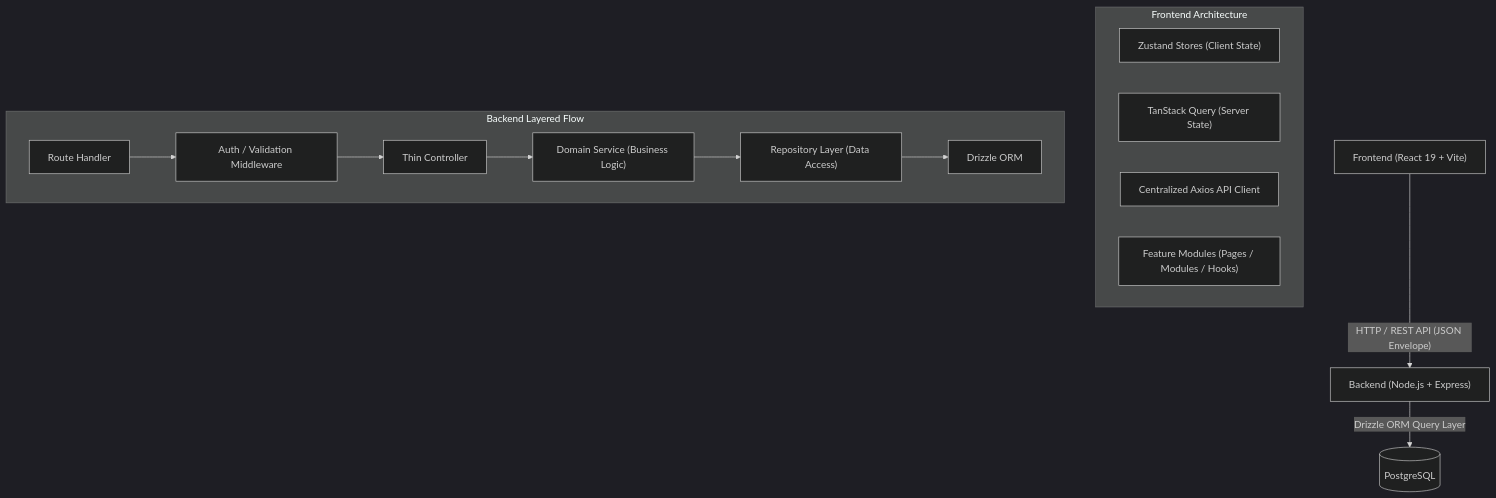
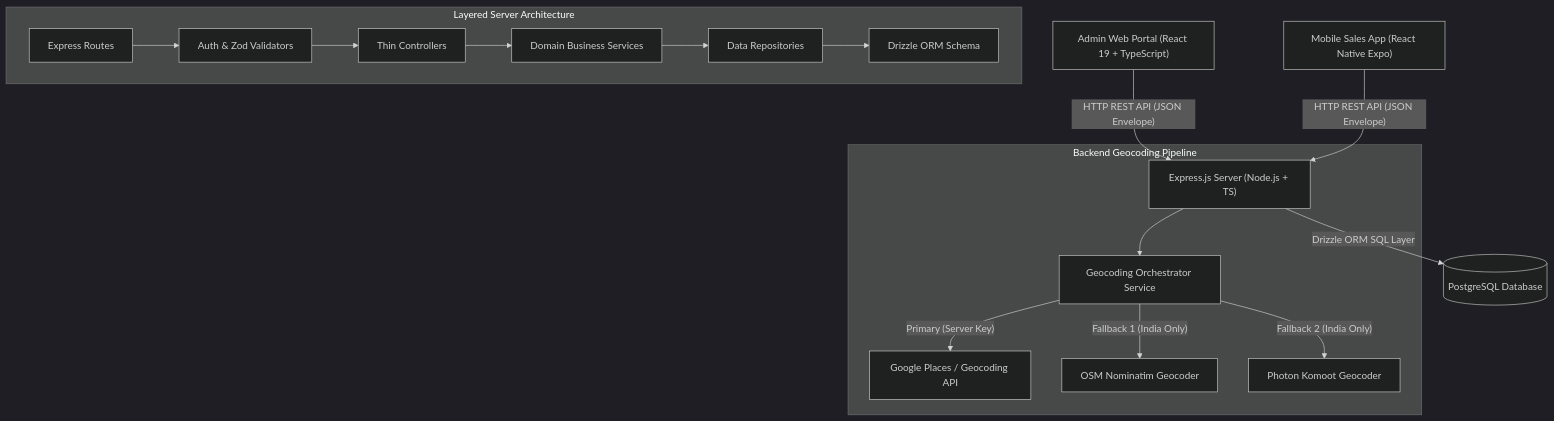
The first of 2 diagrams in ARCHITECTURE.md (PatelRonak123/Taneja-Power-CRM), drawn with Mermaid (dark theme) before and after one commit. The commit also changed other lines of this file and 42 other files, not shown here.

````diff
--- a/ARCHITECTURE.md
+++ b/ARCHITECTURE.md
@@ -11,20 +11,21 @@
 ```mermaid
 graph TD
-    Client["Frontend (React 19 + Vite)"] -->|"HTTP / REST API (JSON Envelope)"| Server["Backend (Node.js + Express)"]
-    Server -->|"Drizzle ORM Query Layer"| Database[("PostgreSQL")]
+    AdminClient["Admin Web Portal (React 19 + TypeScript)"] -->|"HTTP REST API (JSON Envelope)"| Backend["Express.js Server (Node.js + TS)"]
+    SalesApp["Mobile Sales App (React Native Expo)"] -->|"HTTP REST API (JSON Envelope)"| Backend
+    Backend -->|"Drizzle ORM SQL Layer"| Postgres[("PostgreSQL Database")]
 
-    subgraph Frontend Architecture
-        ClientStore["Zustand Stores (Client State)"]
-        QueryCache["TanStack Query (Server State)"]
-        APIClient["Centralized Axios API Client"]
-        Features["Feature Modules (Pages / Modules / Hooks)"]
+    subgraph Backend Geocoding Pipeline
+        Backend --> GeocodingService["Geocoding Orchestrator Service"]
+        GeocodingService -->|"Primary (Server Key)"| GooglePlaces["Google Places / Geocoding API"]
+        GeocodingService -->|"Fallback 1 (India Only)"| Nominatim["OSM Nominatim Geocoder"]
+        GeocodingService -->|"Fallback 2 (India Only)"| Photon["Photon Komoot Geocoder"]
     end
 
-    subgraph Backend Layered Flow
-        Route["Route Handler"] --> Middleware["Auth / Validation Middleware"]
-        Middleware --> Controller["Thin Controller"]
-        Controller --> Service["Domain Service (Business Logic)"]
-        Service --> Repository["Repository Layer (Data Access)"]
-        Repository --> Drizzle["Drizzle ORM"]
+    subgraph Layered Server Architecture
+        Routes["Express Routes"] --> Middleware["Auth & Zod Validators"]
+        Middleware --> Controllers["Thin Controllers"]
+        Controllers --> Services["Domain Business Services"]
+        Services --> Repositories["Data Repositories"]
+        Repositories --> Drizzle["Drizzle ORM Schema"]
     end
 ```
````
